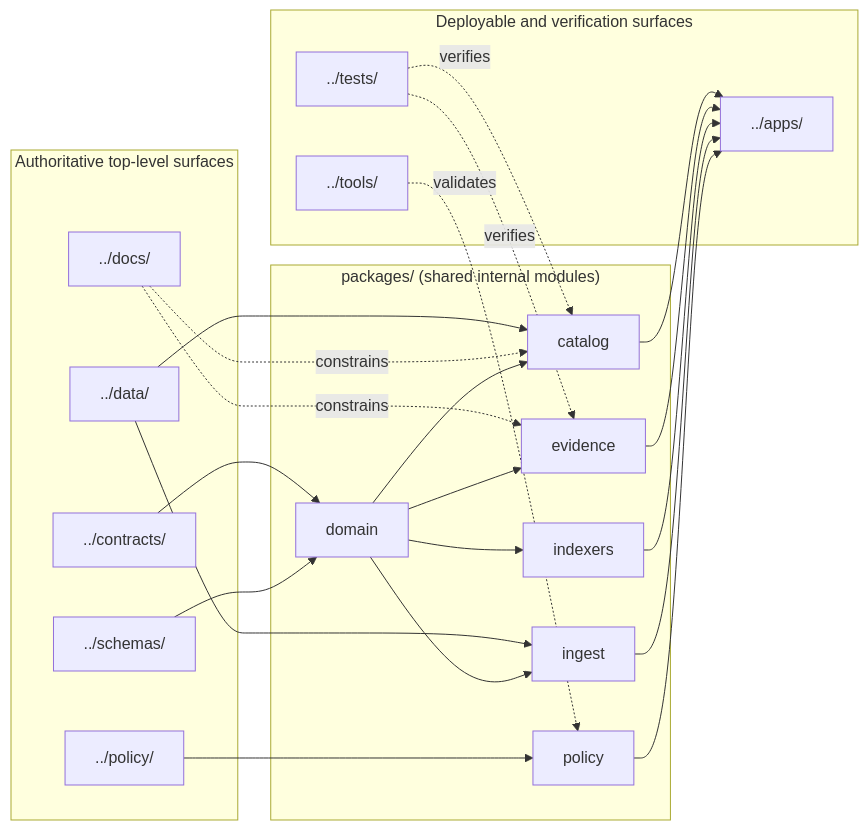
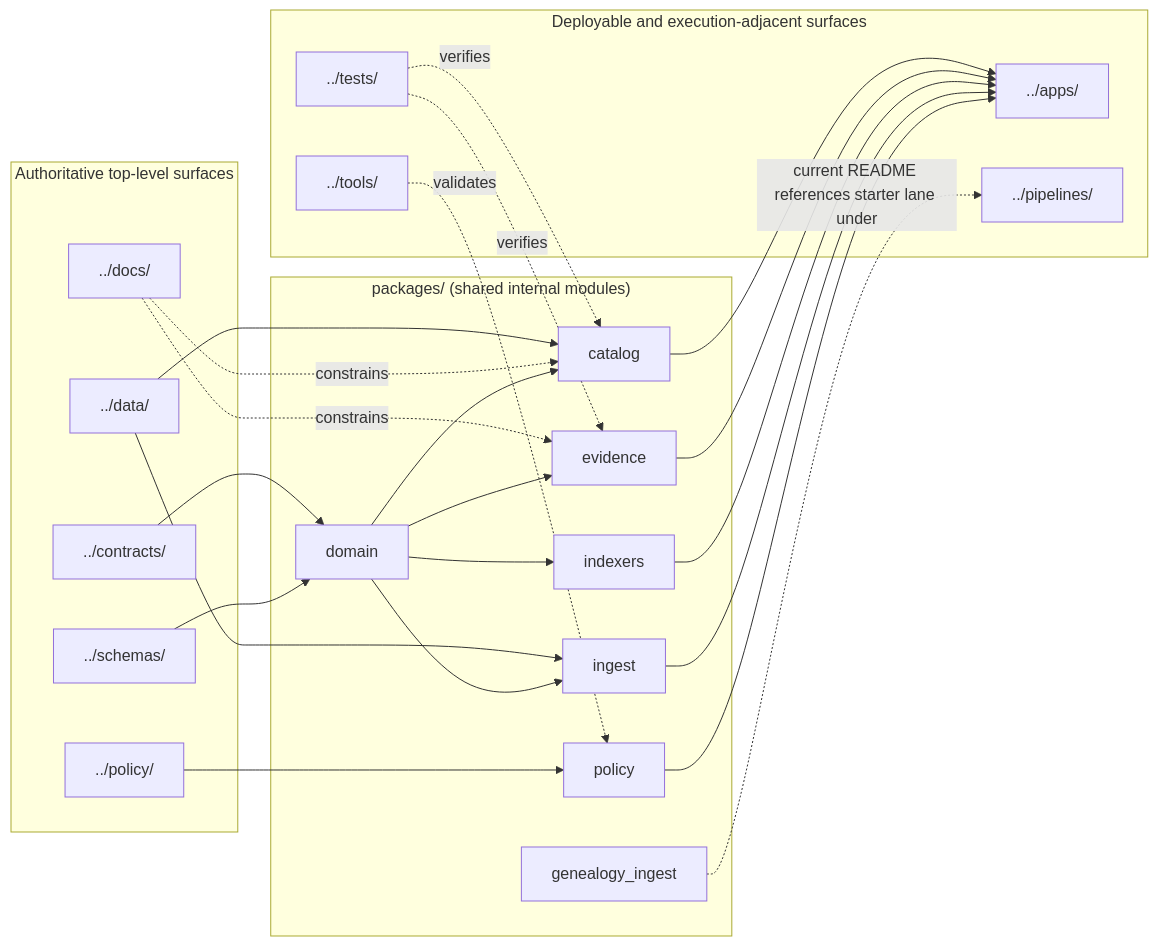
The diagram in packages/README.md (bartytime4life/Kansas-Frontier-Matrix), drawn with Mermaid before and after one commit. The commit also changed other lines of this file, not shown here.

````diff
--- a/packages/README.md
+++ b/packages/README.md
@@ -281,48 +318,52 @@
 ```mermaid
 flowchart LR
     subgraph Canonical["Authoritative top-level surfaces"]
         C1["../contracts/"]
         C2["../schemas/"]
         C3["../policy/"]
         C4["../data/"]
         C5["../docs/"]
     end
 
     subgraph Packages["packages/ (shared internal modules)"]
         P1["catalog"]
         P2["domain"]
         P3["evidence"]
-        P4["indexers"]
-        P5["ingest"]
-        P6["policy"]
+        P4["genealogy_ingest"]
+        P5["indexers"]
+        P6["ingest"]
+        P7["policy"]
     end
 
-    subgraph Consumers["Deployable and verification surfaces"]
+    subgraph Execution["Deployable and execution-adjacent surfaces"]
         A1["../apps/"]
-        A2["../tests/"]
-        A3["../tools/"]
+        A2["../pipelines/"]
+        A3["../tests/"]
+        A4["../tools/"]
     end
 
     C1 --> P2
     C2 --> P2
-    C3 --> P6
+    C3 --> P7
     C4 --> P1
-    C4 --> P5
+    C4 --> P6
     C5 -. constrains .-> P1
     C5 -. constrains .-> P3
 
     P2 --> P1
     P2 --> P3
-    P2 --> P4
     P2 --> P5
+    P2 --> P6
 
     P1 --> A1
     P3 --> A1
-    P4 --> A1
     P5 --> A1
     P6 --> A1
+    P7 --> A1
 
-    A2 -. verifies .-> P1
-    A2 -. verifies .-> P3
-    A3 -. validates .-> P6
+    P4 -. current README references starter lane under .-> A2
+
+    A3 -. verifies .-> P1
+    A3 -. verifies .-> P3
+    A4 -. validates .-> P7
 ```
````
